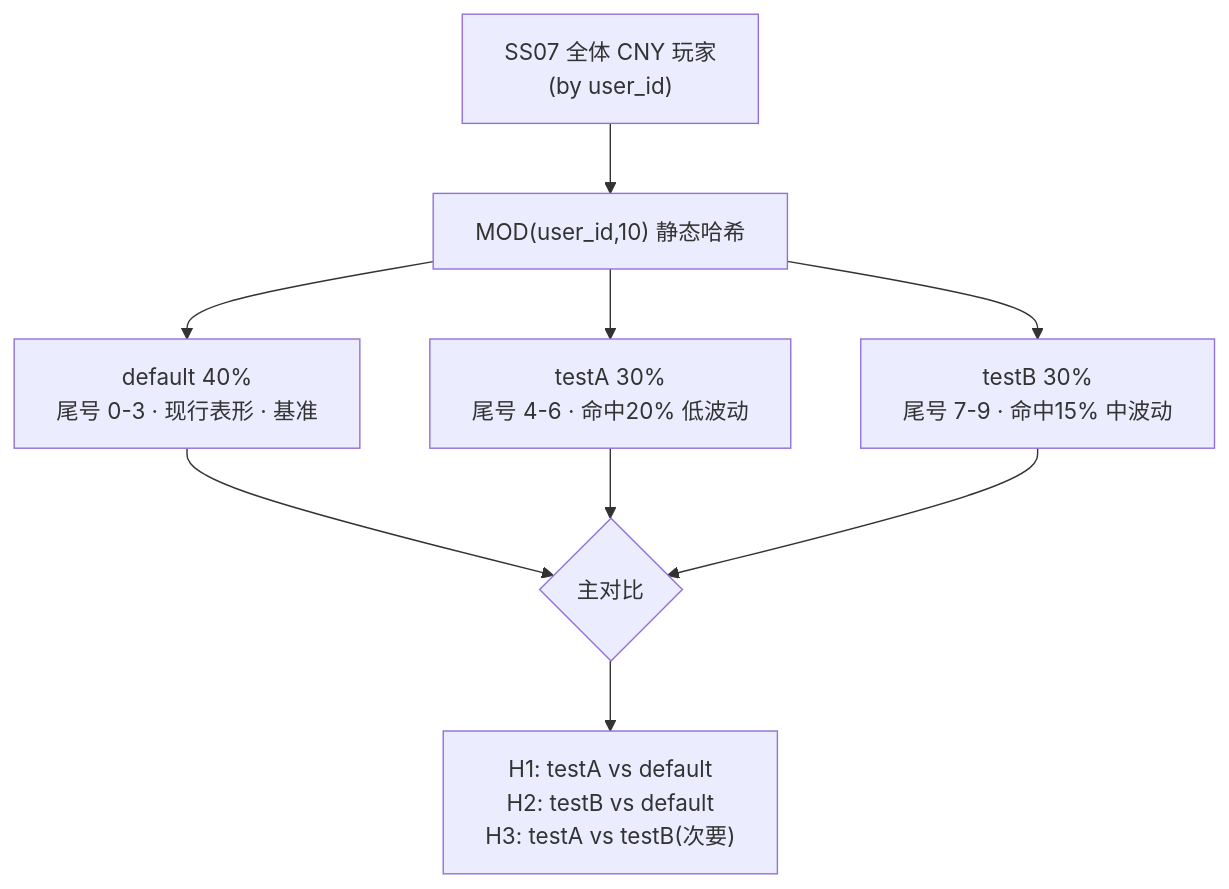
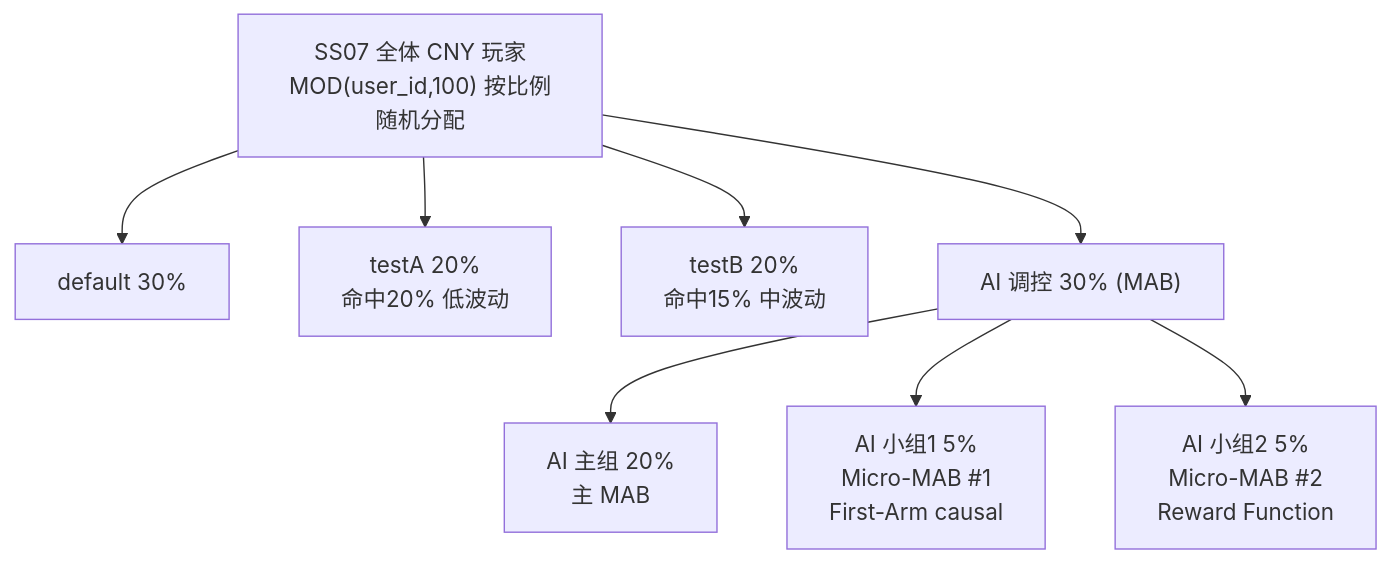
One commit to CullenDong/AI_DS changed the first of 2 diagrams in prd/ab_testing/SS07_数学表AB方案_v0.1.md. Above: the diagram before and after it, drawn with Mermaid. The commit also changed other lines of this file and 7 other files, not shown here.

````diff
--- a/prd/ab_testing/SS07_数学表AB方案_v0.1.md
+++ b/prd/ab_testing/SS07_数学表AB方案_v0.1.md
@@ -79,11 +87,10 @@
 ```mermaid
 flowchart TB
-  ALL["SS07 全体 CNY 玩家<br/>(by user_id)"] --> H["MOD(user_id,10) 静态哈希"]
-  H --> D["default 40%<br/>尾号 0-3 · 现行表形 · 基准"]
-  H --> A["testA 30%<br/>尾号 4-6 · 命中20% 低波动"]
-  H --> B["testB 30%<br/>尾号 7-9 · 命中15% 中波动"]
-  D --> CMP{"主对比"}
-  A --> CMP
-  B --> CMP
-  CMP --> R["H1: testA vs default<br/>H2: testB vs default<br/>H3: testA vs testB(次要)"]
+  ALL["SS07 全体 CNY 玩家<br/>MOD(user_id,100) 按比例随机分配"] --> D["default 30%"]
+  ALL --> A["testA 20%<br/>命中20% 低波动"]
+  ALL --> B["testB 20%<br/>命中15% 中波动"]
+  ALL --> AI["AI 调控 30% (MAB)"]
+  AI --> AIM["AI 主组 20%<br/>主 MAB"]
+  AI --> AIS1["AI 小组1 5%<br/>Micro-MAB #1<br/>First-Arm causal"]
+  AI --> AIS2["AI 小组2 5%<br/>Micro-MAB #2<br/>Reward Function"]
 ```
````
